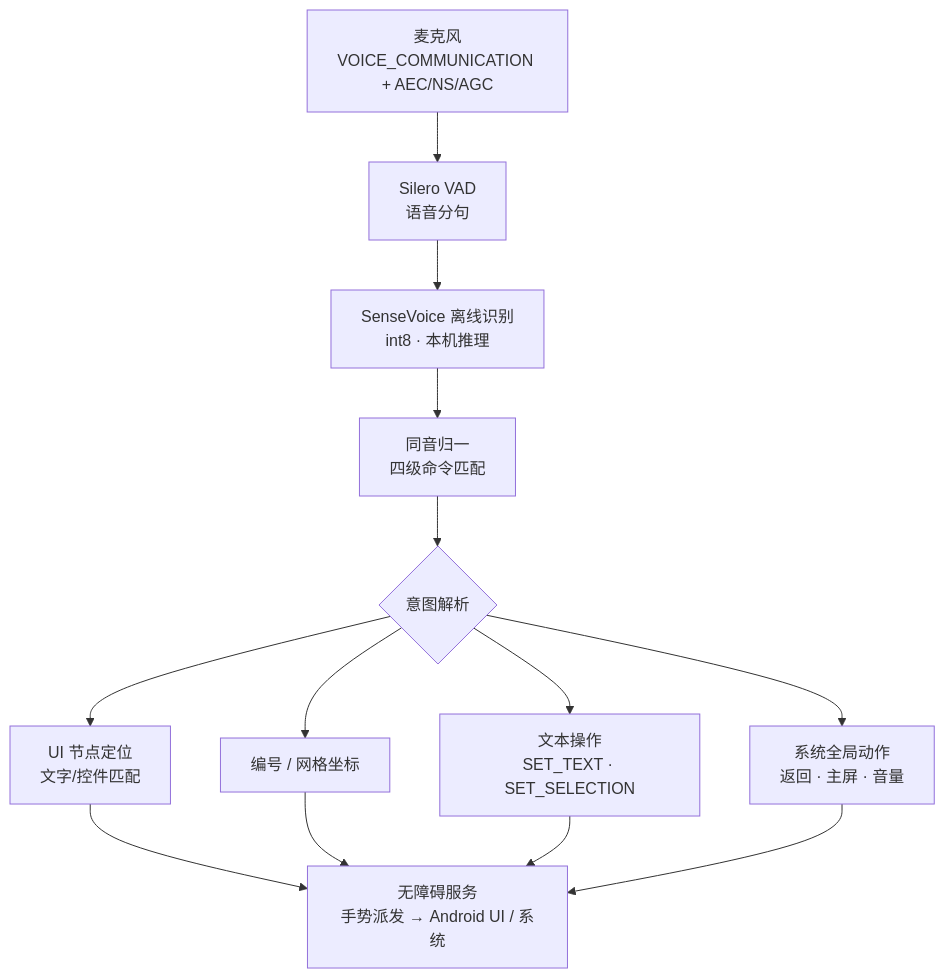
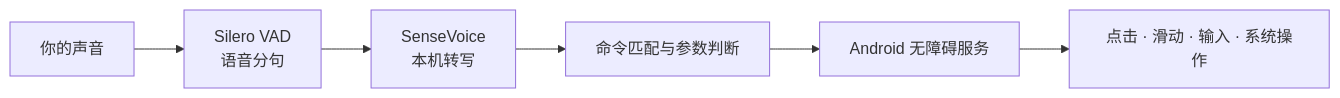
Before and after one commit to qbhugo666/YanChuFaSui: the diagram in README.md, drawn with Mermaid. The commit also changed other lines of this file and 2 other files, not shown here.

````diff
--- a/README.md
+++ b/README.md
@@ -78,12 +162,8 @@
 ```mermaid
-flowchart TD
-    A[麦克风<br>VOICE_COMMUNICATION + AEC/NS/AGC] --> B[Silero VAD<br>语音分句]
-    B --> C[SenseVoice 离线识别<br>int8 · 本机推理]
-    C --> D[同音归一<br>四级命令匹配]
-    D --> E{意图解析}
-    E --> F[UI 节点定位<br>文字/控件匹配]
-    E --> G[编号 / 网格坐标]
-    E --> H[文本操作<br>SET_TEXT · SET_SELECTION]
-    E --> I[系统全局动作<br>返回 · 主屏 · 音量]
-    F & G & H & I --> J[无障碍服务<br>手势派发 → Android UI / 系统]
+flowchart LR
+    A["你的声音"] --> B["Silero VAD<br/>语音分句"]
+    B --> C["SenseVoice<br/>本机转写"]
+    C --> D["命令匹配与参数判断"]
+    D --> E["Android 无障碍服务"]
+    E --> F["点击 · 滑动 · 输入 · 系统操作"]
 ```
````
